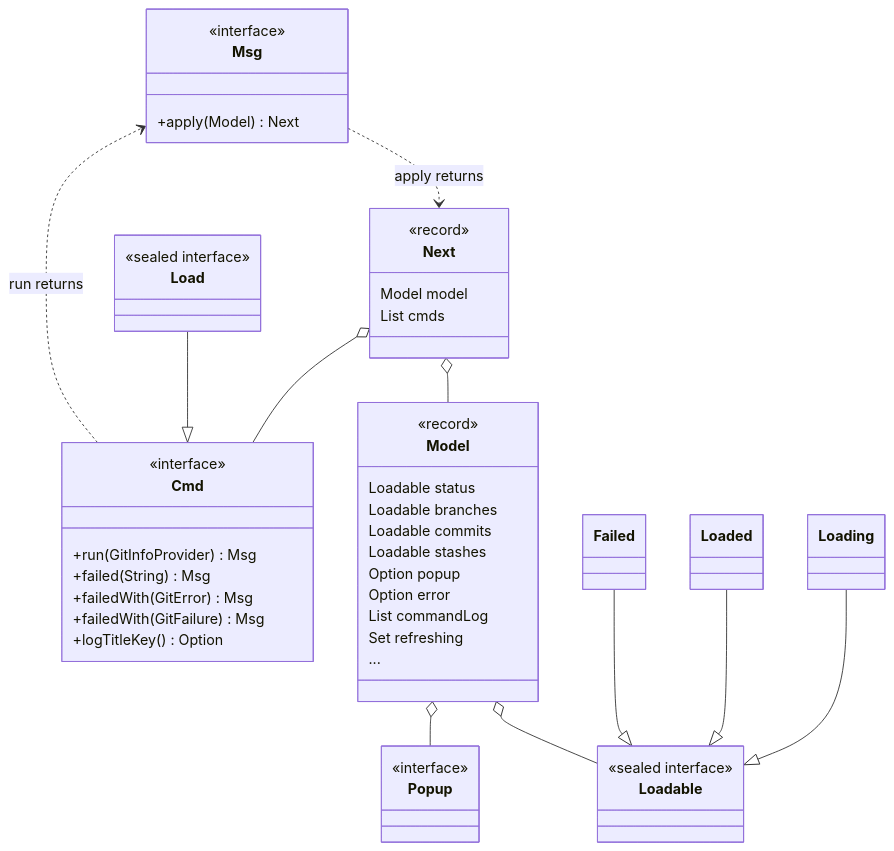
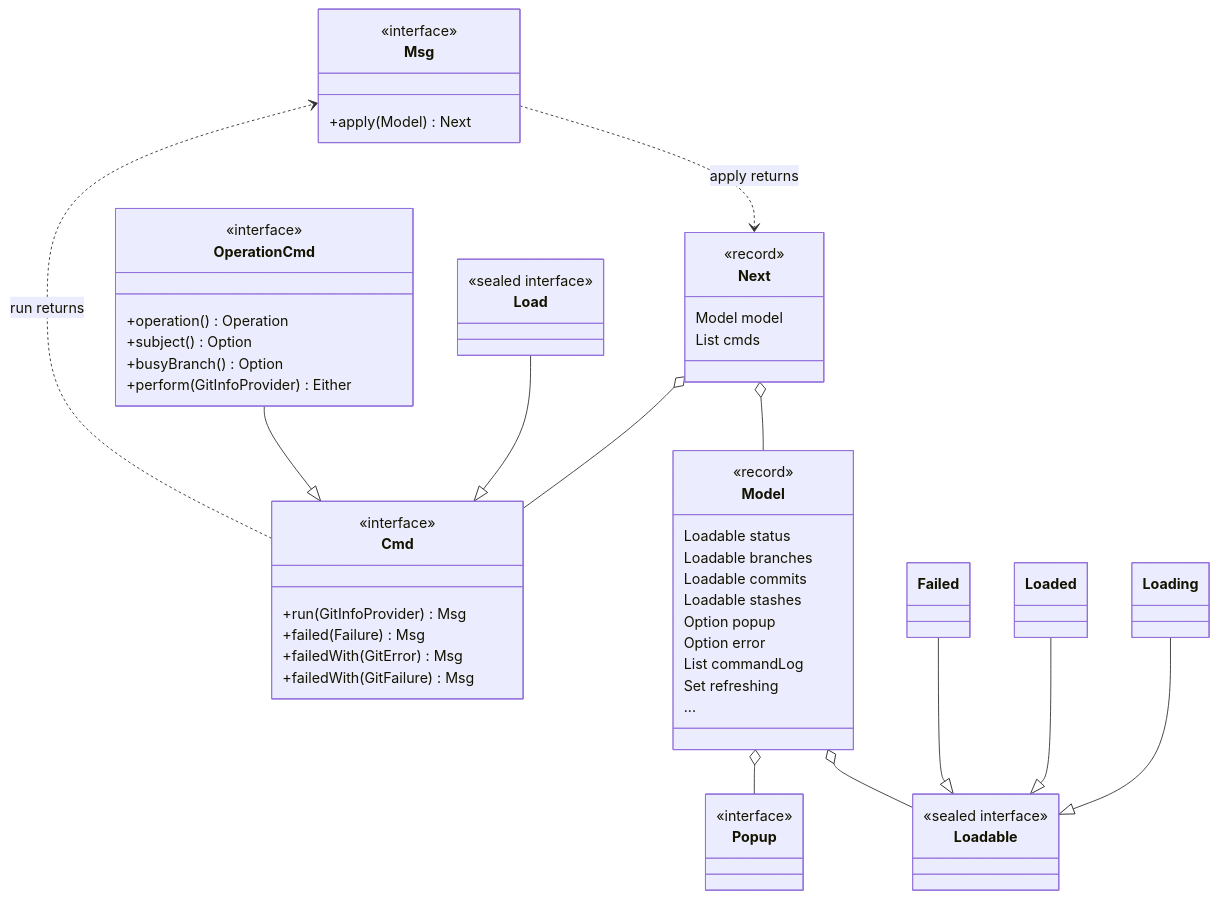
One commit to cvanfleteren/jazygit changed the third of 7 diagrams in ARCHITECTURE.md. Above: the diagram before and after it, drawn with Mermaid. The commit also changed other lines of this file and 7 other files, not shown here.

First line of the commit message:
Replace the last nulls and imperative code, update the architecture

````diff
--- a/ARCHITECTURE.md
+++ b/ARCHITECTURE.md
@@ -93,51 +93,58 @@
 ```mermaid
 classDiagram
     class Msg {
         <<interface>>
         +apply(Model) Next
     }
     class Next {
         <<record>>
         Model model
         List cmds
     }
     class Cmd {
         <<interface>>
         +run(GitInfoProvider) Msg
-        +failed(String) Msg
+        +failed(Failure) Msg
         +failedWith(GitError) Msg
         +failedWith(GitFailure) Msg
-        +logTitleKey() Option
     }
     class Load {
         <<sealed interface>>
+    }
+    class OperationCmd {
+        <<interface>>
+        +operation() Operation
+        +subject() Option
+        +busyBranch() Option
+        +perform(GitInfoProvider) Either
     }
     class Model {
         <<record>>
         Loadable status
         Loadable branches
         Loadable commits
         Loadable stashes
         Option popup
         Option error
         List commandLog
         Set refreshing
         ...
     }
     class Loadable {
         <<sealed interface>>
     }
     Loading --|> Loadable
     Loaded --|> Loadable
     Failed --|> Loadable
     class Popup {
         <<interface>>
     }
     Msg ..> Next : apply returns
     Next o-- Model
     Next o-- Cmd
     Load --|> Cmd
+    OperationCmd --|> Cmd
     Model o-- Loadable
     Model o-- Popup
     Cmd ..> Msg : run returns
 ```
````
